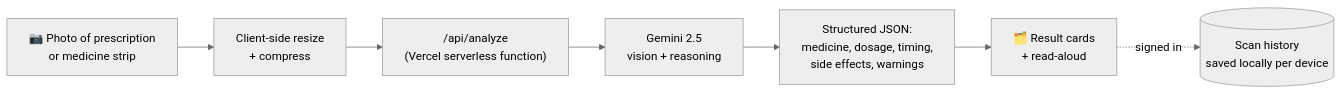
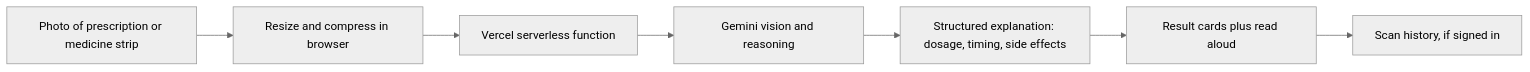
One commit to dhrubagoswami/DawaDoc changed the diagram in README.md. Above: the diagram before and after it, drawn with Mermaid (neutral theme).

Commit message:
minor fix

````diff
--- a/README.md
+++ b/README.md
@@ -48,9 +48,9 @@
 ```mermaid
 flowchart LR
-    A[📷 Photo of prescription<br/>or medicine strip] --> B[Client-side resize<br/>+ compress]
-    B --> C["/api/analyze<br/>(Vercel serverless function)"]
-    C --> D[Gemini 2.5<br/>vision + reasoning]
-    D --> E[Structured JSON:<br/>medicine, dosage, timing,<br/>side effects, warnings]
-    E --> F[🗂️ Result cards<br/>+ read-aloud]
-    F -.signed in.-> G[(Scan history<br/>saved locally per device)]
+    A[Photo of prescription or medicine strip] --> B[Resize and compress in browser]
+    B --> C[Vercel serverless function]
+    C --> D[Gemini vision and reasoning]
+    D --> E[Structured explanation: dosage, timing, side effects]
+    E --> F[Result cards plus read aloud]
+    F --> G[Scan history, if signed in]
 ```
````
